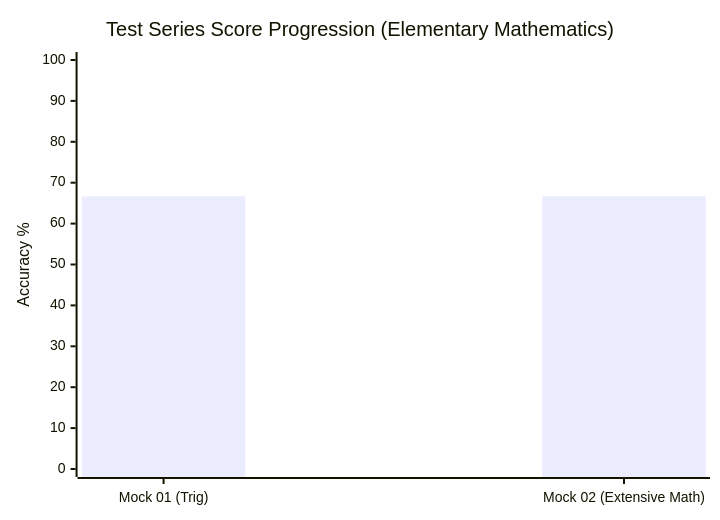
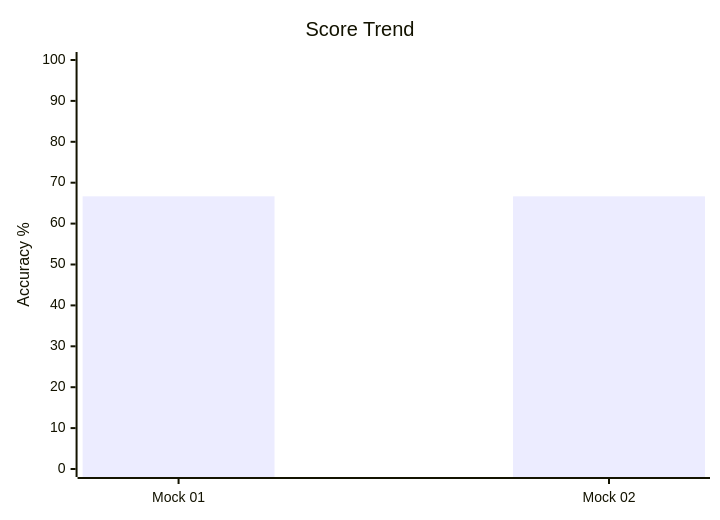
One commit to skc-coder/SAGE changed the first of 2 diagrams in content/cds/elementary-mathematics/question_db.md. Above: the diagram before and after it, drawn with Mermaid. The commit also changed other lines of this file and 3 other files, not shown here.

First line of the commit message:
fix(skill): relocate Chapter/Topic accuracy charts to Overview pages and enforce concise Mermaid graph titles

````diff
--- a/content/cds/elementary-mathematics/question_db.md
+++ b/content/cds/elementary-mathematics/question_db.md
@@ -21,7 +21,7 @@
 ```mermaid
 xychart-beta
-    title "Test Series Score Progression (Elementary Mathematics)"
-    x-axis ["Mock 01 (Trig)", "Mock 02 (Extensive Math)"]
+    title "Score Trend"
+    x-axis ["Mock 01", "Mock 02"]
     y-axis "Accuracy %" 0 --> 100
     bar [66.67, 66.67]
 ```
````
